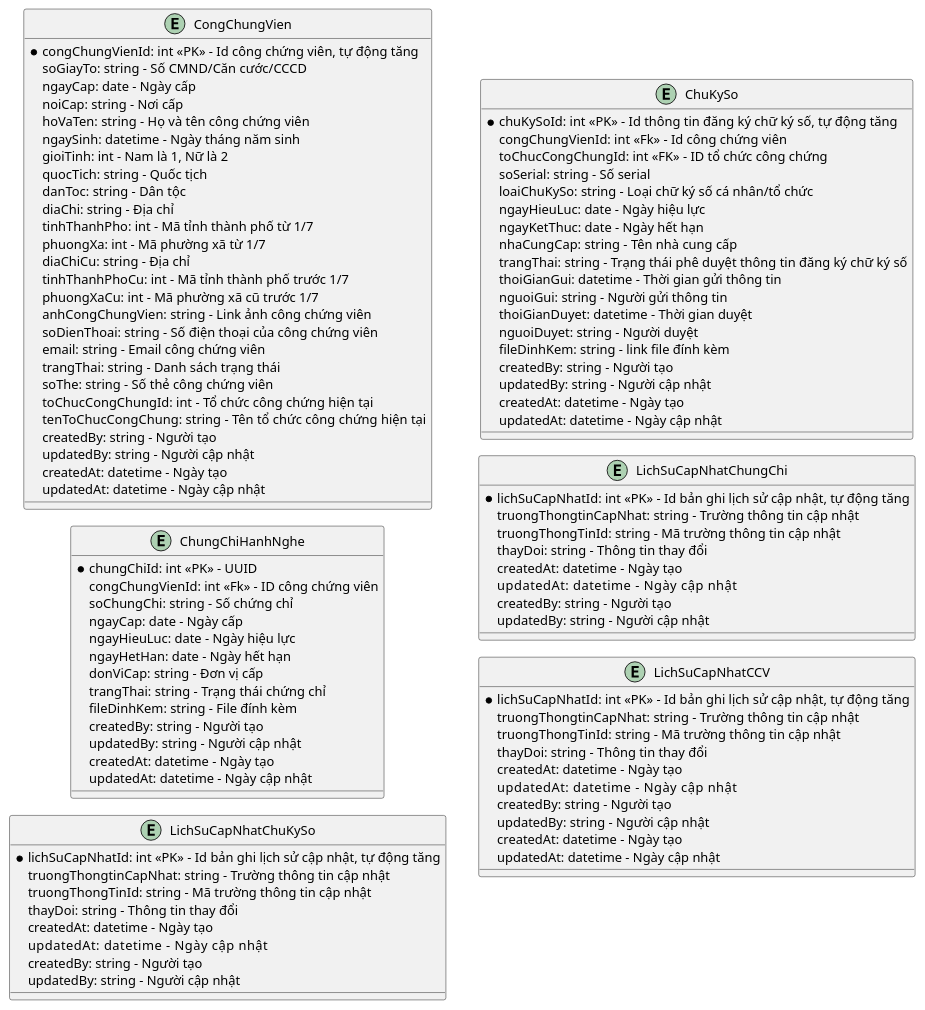
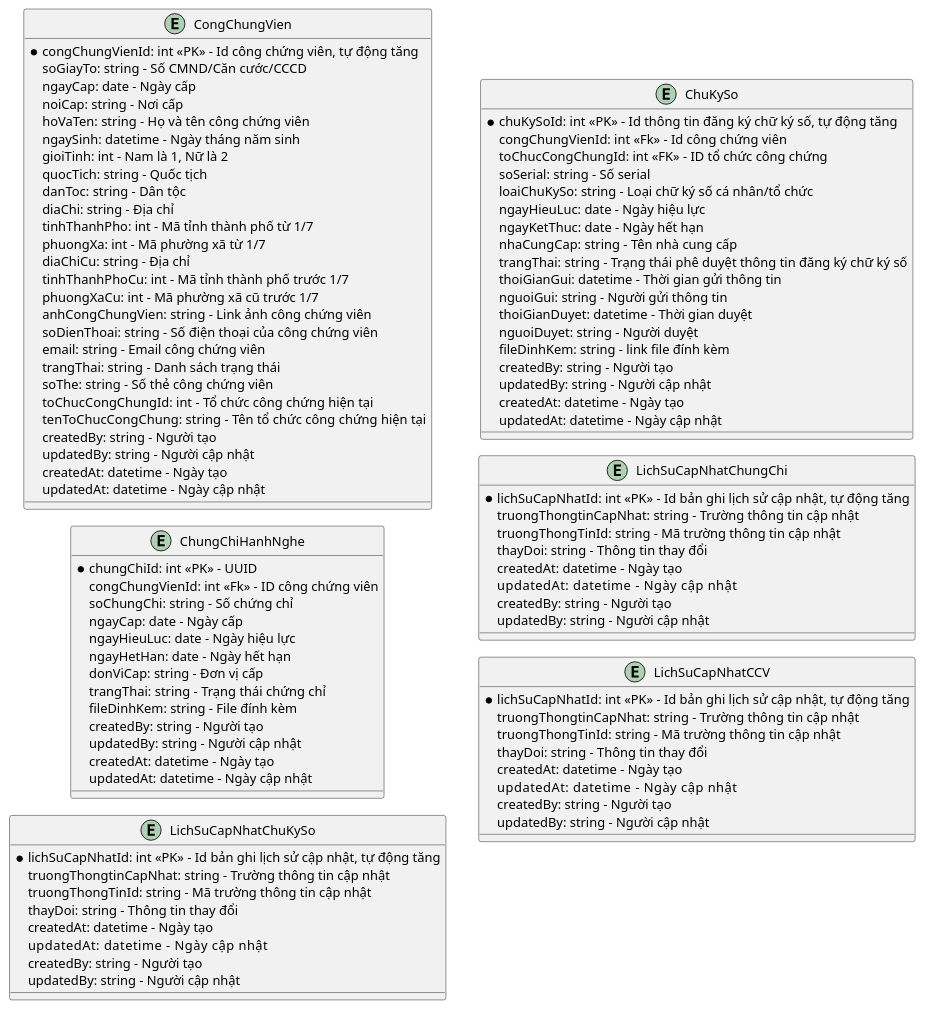
Before and after one commit to phuongpm23/nds-docs-test: the diagram in Quản lý công chứng viên/3.ldm.puml, drawn with PlantUML. The commit also changed 22 other files, not shown here.

```diff
--- a/Quản lý công chứng viên/3.ldm.puml
+++ b/Quản lý công chứng viên/3.ldm.puml
@@ -1,111 +1,109 @@
 @startuml ldm
 !pragma layout smetana
 left to right direction
 
 entity CongChungVien
 entity ChungChiHanhNghe
 entity LichSuCapNhatChuKySo
 entity ChuKySo
 entity LichSuCapNhatChungChi
 entity LichSuCapNhatCCV
 
 entity CongChungVien {
   *congChungVienId: int <<PK>> - Id công chứng viên, tự động tăng
   soGiayTo: string - Số CMND/Căn cước/CCCD 
   ngayCap: date - Ngày cấp
   noiCap: string - Nơi cấp
   hoVaTen: string - Họ và tên công chứng viên
   ngaySinh: datetime - Ngày tháng năm sinh
   gioiTinh: int - Nam là 1, Nữ là 2
   quocTich: string - Quốc tịch
   danToc: string - Dân tộc
   diaChi: string - Địa chỉ
   tinhThanhPho: int - Mã tỉnh thành phố từ 1/7
   phuongXa: int - Mã phường xã từ 1/7
   diaChiCu: string - Địa chỉ
   tinhThanhPhoCu: int - Mã tỉnh thành phố trước 1/7
   phuongXaCu: int - Mã phường xã cũ trước 1/7
   anhCongChungVien: string - Link ảnh công chứng viên
   soDienThoai: string - Số điện thoại của công chứng viên
   email: string - Email công chứng viên
   trangThai: string - Danh sách trạng thái
   soThe: string - Số thẻ công chứng viên
   toChucCongChungId: int - Tổ chức công chứng hiện tại
   tenToChucCongChung: string - Tên tổ chức công chứng hiện tại
   createdBy: string - Người tạo
   updatedBy: string - Người cập nhật
   createdAt: datetime - Ngày tạo
   updatedAt: datetime - Ngày cập nhật
 }
 
 entity ChungChiHanhNghe {
   *chungChiId: int <<PK>> - UUID
   congChungVienId: int <<Fk>> - ID công chứng viên
   soChungChi: string - Số chứng chỉ
   ngayCap: date - Ngày cấp
   ngayHieuLuc: date - Ngày hiệu lực
   ngayHetHan: date - Ngày hết hạn
   donViCap: string - Đơn vị cấp
   trangThai: string - Trạng thái chứng chỉ
   fileDinhKem: string - File đính kèm
   createdBy: string - Người tạo
   updatedBy: string - Người cập nhật
   createdAt: datetime - Ngày tạo
   updatedAt: datetime - Ngày cập nhật
 }
 
 entity ChuKySo {
   *chuKySoId: int <<PK>> - Id thông tin đăng ký chữ ký số, tự động tăng
   congChungVienId: int <<Fk>> - Id công chứng viên
   toChucCongChungId: int <<FK>> - ID tổ chức công chứng
   soSerial: string - Số serial
   loaiChuKySo: string - Loại chữ ký số cá nhân/tổ chức
   ngayHieuLuc: date - Ngày hiệu lực
   ngayKetThuc: date - Ngày hết hạn
   nhaCungCap: string - Tên nhà cung cấp
   trangThai: string - Trạng thái phê duyệt thông tin đăng ký chữ ký số
   thoiGianGui: datetime - Thời gian gửi thông tin
   nguoiGui: string - Người gửi thông tin
   thoiGianDuyet: datetime - Thời gian duyệt
   nguoiDuyet: string - Người duyệt
   fileDinhKem: string - link file đính kèm
   createdBy: string - Người tạo
   updatedBy: string - Người cập nhật
   createdAt: datetime - Ngày tạo
   updatedAt: datetime - Ngày cập nhật
 }
 
 entity LichSuCapNhatCCV {
   *lichSuCapNhatId: int <<PK>> - Id bản ghi lịch sử cập nhật, tự động tăng
   truongThongtinCapNhat: string - Trường thông tin cập nhật
   truongThongTinId: string - Mã trường thông tin cập nhật
   thayDoi: string - Thông tin thay đổi
   createdAt: datetime - Ngày tạo
   updatedAt: datetime      - Ngày cập nhật
   createdBy: string - Người tạo
   updatedBy: string - Người cập nhật
-  createdAt: datetime - Ngày tạo
-  updatedAt: datetime - Ngày cập nhật
 }
 entity LichSuCapNhatChuKySo {
   *lichSuCapNhatId: int <<PK>> - Id bản ghi lịch sử cập nhật, tự động tăng
   truongThongtinCapNhat: string - Trường thông tin cập nhật
   truongThongTinId: string - Mã trường thông tin cập nhật
   thayDoi: string - Thông tin thay đổi
   createdAt: datetime - Ngày tạo
   updatedAt: datetime      - Ngày cập nhật
   createdBy: string - Người tạo
   updatedBy: string - Người cập nhật
 }
 entity LichSuCapNhatChungChi {
   *lichSuCapNhatId: int <<PK>> - Id bản ghi lịch sử cập nhật, tự động tăng
   truongThongtinCapNhat: string - Trường thông tin cập nhật
   truongThongTinId: string - Mã trường thông tin cập nhật
   thayDoi: string - Thông tin thay đổi
   createdAt: datetime - Ngày tạo
   updatedAt: datetime      - Ngày cập nhật
   createdBy: string - Người tạo
   updatedBy: string - Người cập nhật
 }
 
 @enduml
```
